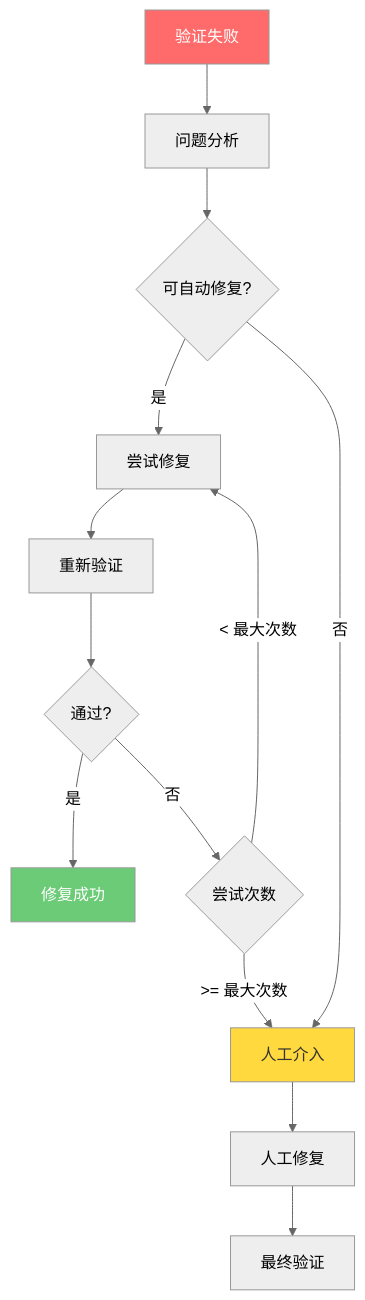
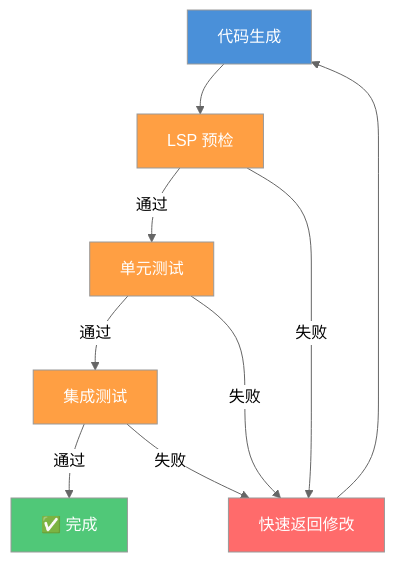
One commit to tonydeng/harness-engineering-from-oc-to-ai-coding changed the third of 3 diagrams in src/02-core-concepts/validation-harness.md. Above: the diagram before and after it, drawn with Mermaid (neutral theme). The commit also changed other lines of this file and 331 other files, not shown here.

````diff
--- a/src/02-core-concepts/validation-harness.md
+++ b/src/02-core-concepts/validation-harness.md
@@ -888,23 +275,18 @@
 ```mermaid
 flowchart TB
-    Start[验证失败] --> Analyze[问题分析]
+    A[代码生成] --> B[LSP 预检]
+    B -->|通过| C[单元测试]
+    B -->|失败| F[快速返回修改]
+    C -->|通过| D[集成测试]
+    C -->|失败| F
+    D -->|通过| Done[✅ 完成]
+    D -->|失败| F
+    F --> A
     
-    Analyze --> Classify{可自动修复?}
-    Classify --> |是| Attempt[尝试修复]
-    Classify --> |否| Human[人工介入]
-    
-    Attempt --> Revalidate[重新验证]
-    Revalidate --> Check{通过?}
-    Check --> |是| Success[修复成功]
-    Check --> |否| Count{尝试次数}
-    
-    Count --> |< 最大次数| Attempt
-    Count --> |>= 最大次数| Human
-    
-    Human --> Manual[人工修复]
-    Manual --> Final[最终验证]
-    
-    style Start fill:#ff6b6b,color:#fff
-    style Success fill:#6bcb77,color:#fff
-    style Human fill:#ffd93d,color:#333
+    style A fill:#4A90D9,color:#fff
+    style B fill:#FF9F43,color:#fff
+    style C fill:#FF9F43,color:#fff
+    style D fill:#FF9F43,color:#fff
+    style Done fill:#50C878,color:#fff
+    style F fill:#FF6B6B,color:#fff
 ```
````
